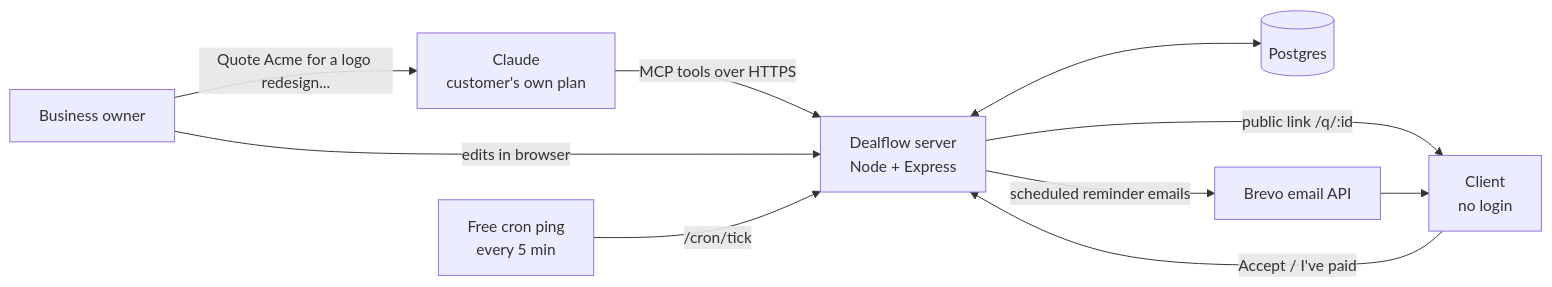
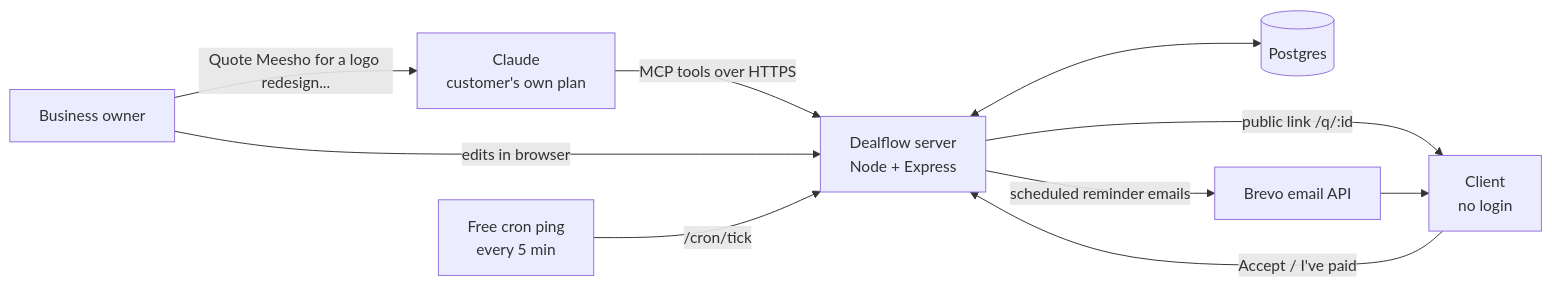
One commit to sauravanurag111/ClaudeBiz changed the diagram in README.md. Above: the diagram before and after it, drawn with Mermaid. The commit also changed other lines of this file and 8 other files, not shown here.

First line of the commit message:
Step-by-step Connect page with Claude app and Claude Code tabs; Anurag/Meesho samples

````diff
--- a/README.md
+++ b/README.md
@@ -23,11 +23,11 @@
 ```mermaid
 flowchart LR
-  U[Business owner] -- "Quote Acme for a logo redesign..." --> C[Claude<br/>customer's own plan]
+  U[Business owner] -- "Quote Meesho for a logo redesign..." --> C[Claude<br/>customer's own plan]
   C -- MCP tools over HTTPS --> D[Dealflow server<br/>Node + Express]
   D <--> DB[(Postgres)]
   U -- edits in browser --> D
   D -- public link /q/:id --> CL[Client<br/>no login]
   CL -- Accept / I've paid --> D
   D -- scheduled reminder emails --> E[Brevo email API] --> CL
   CR[Free cron ping<br/>every 5 min] -- /cron/tick --> D
 ```
````
